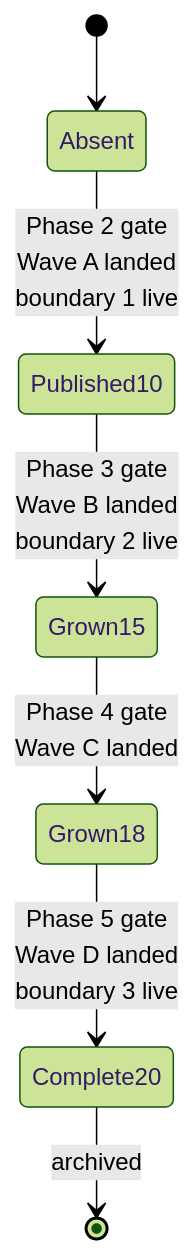
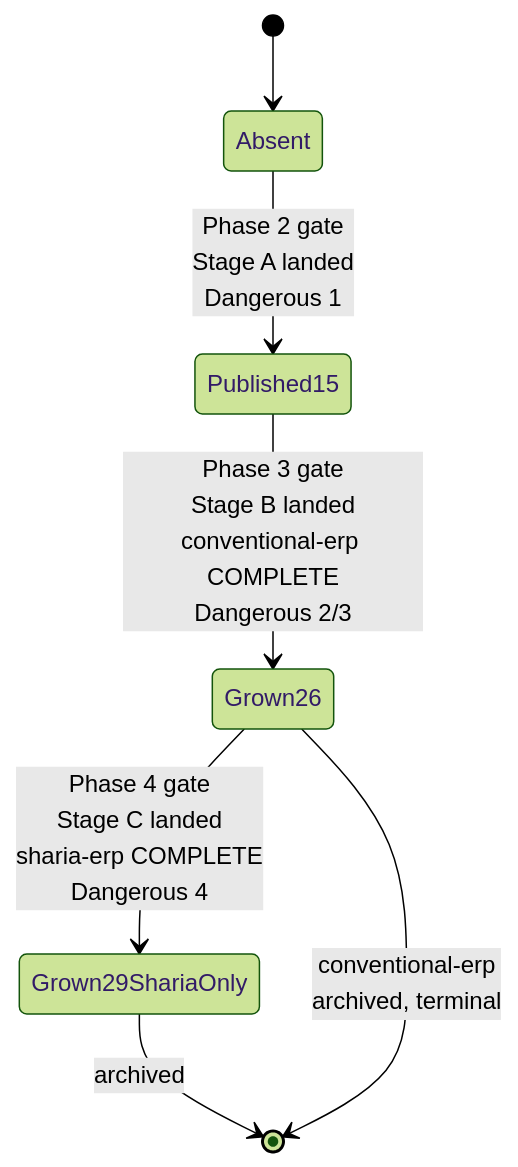
The third of 3 diagrams in plans/backlog/ayokoding-learning-path-07-skills-erp/tech-docs.md (wahidyankf/baseerah), drawn with Mermaid (forest theme) before and after one commit. The commit also changed other lines of this file and 36 other files, not shown here.

````diff
--- a/plans/backlog/ayokoding-learning-path-07-skills-erp/tech-docs.md
+++ b/plans/backlog/ayokoding-learning-path-07-skills-erp/tech-docs.md
@@ -258,10 +439,10 @@
 ```mermaid
-%% Manifest lifecycle across the four growth points. Each transition is a phase gate.
+%% Manifest lifecycle across the growth points shared by both manifests. Each transition is a phase gate.
 stateDiagram-v2
     [*] --> Absent
-    Absent --> Published10: Phase 2 gate<br/>Wave A landed<br/>boundary 1 live
-    Published10 --> Grown15: Phase 3 gate<br/>Wave B landed<br/>boundary 2 live
-    Grown15 --> Grown18: Phase 4 gate<br/>Wave C landed
-    Grown18 --> Complete20: Phase 5 gate<br/>Wave D landed<br/>boundary 3 live
-    Complete20 --> [*]: archived
+    Absent --> Published15: Phase 2 gate<br/>Stage A landed<br/>Dangerous 1
+    Published15 --> Grown26: Phase 3 gate<br/>Stage B landed<br/>conventional-erp COMPLETE<br/>Dangerous 2/3
+    Grown26 --> Grown29ShariaOnly: Phase 4 gate<br/>Stage C landed<br/>sharia-erp COMPLETE<br/>Dangerous 4
+    Grown29ShariaOnly --> [*]: archived
+    Grown26 --> [*]: conventional-erp<br/>archived, terminal
 ```
````
